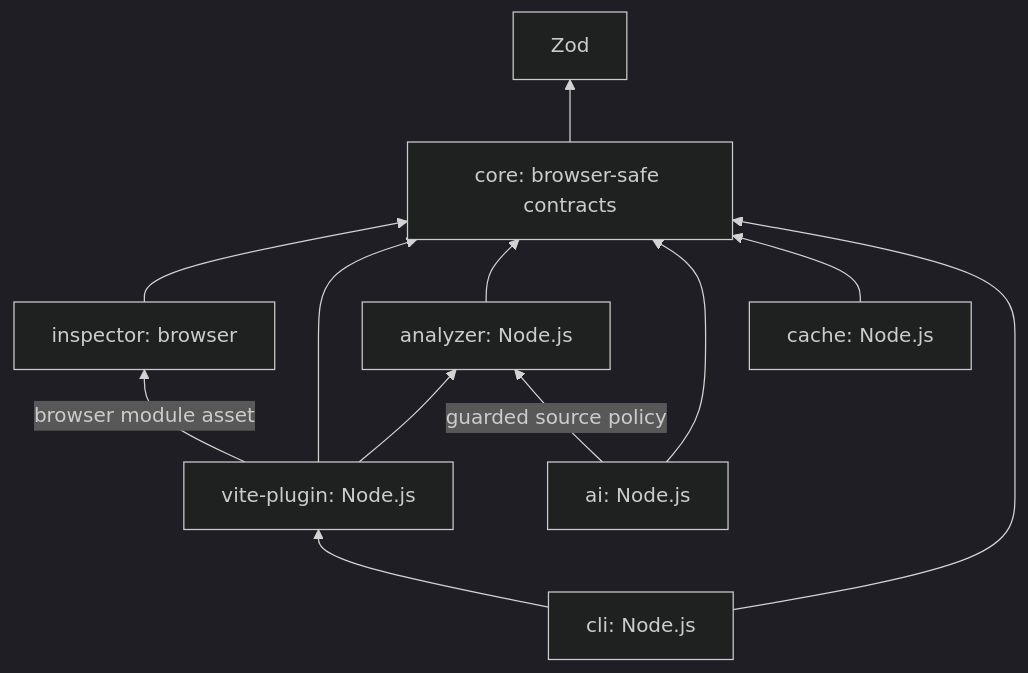
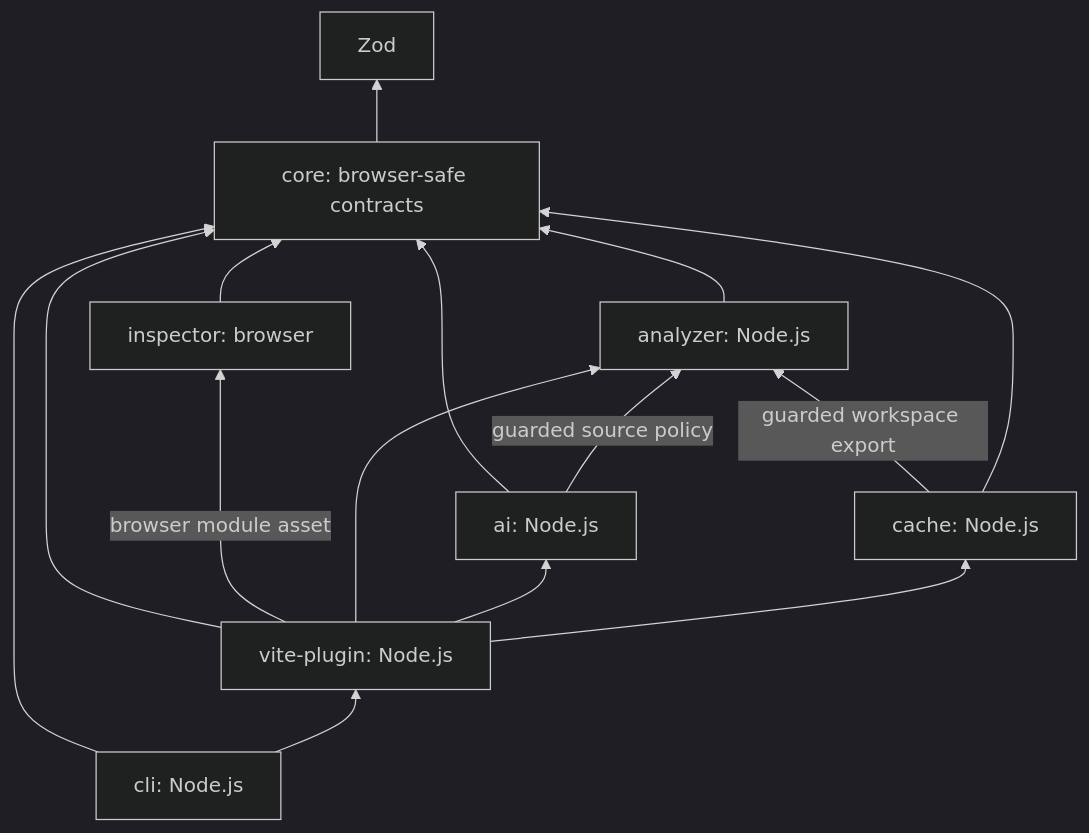
The diagram in docs/architecture.md (sonht113/dev-analyst), drawn with Mermaid (dark theme) before and after one commit. The commit also changed other lines of this file and 75 other files, not shown here.

````diff
--- a/docs/architecture.md
+++ b/docs/architecture.md
@@ -19,14 +19,17 @@
 ```mermaid
 flowchart BT
   Inspector[inspector: browser] --> Core[core: browser-safe contracts]
   Vite[vite-plugin: Node.js] --> Core
   Vite -->|browser module asset| Inspector
   Analyzer[analyzer: Node.js] --> Core
   Vite --> Analyzer
+  Vite --> AI
+  Vite --> Cache
+  Cache -->|guarded workspace export| Analyzer
   AI[ai: Node.js] --> Core
   AI -->|guarded source policy| Analyzer
   Cache[cache: Node.js] --> Core
   CLI[cli: Node.js] --> Core
   CLI --> Vite
   Core --> Zod[Zod]
 ```
````
